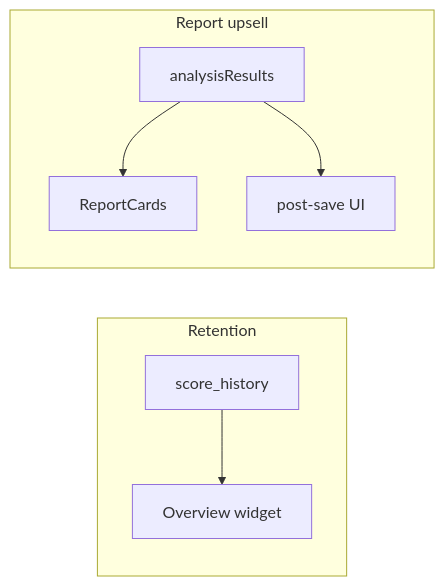
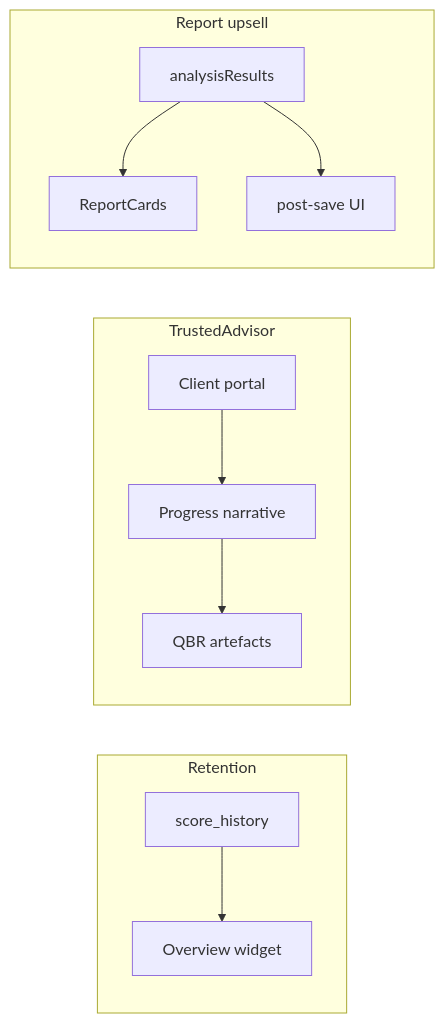
One commit to joseph15562/sophos-clarity changed the diagram in docs/plans/retention_and_report_upsell_3509d09a.md. Above: the diagram before and after it, drawn with Mermaid. The commit also changed other lines of this file, not shown here.

First line of the commit message:
docs(plans): MSP trusted advisor retention ideas in retention+upsell plan

````diff
--- a/docs/plans/retention_and_report_upsell_3509d09a.md
+++ b/docs/plans/retention_and_report_upsell_3509d09a.md
@@ -53,15 +57,22 @@
 ```mermaid
 flowchart LR
   subgraph retention [Retention]
     ScoreHist[score_history]
     Widget[Overview widget]
     ScoreHist --> Widget
+  end
+  subgraph advisor [TrustedAdvisor]
+    Portal[Client portal]
+    Narrative[Progress narrative]
+    QBR[QBR artefacts]
+    Portal --> Narrative
+    Narrative --> QBR
   end
   subgraph upsell [Report upsell]
     Analysis[analysisResults]
     RC[ReportCards]
     SaveFlow[post-save UI]
     Analysis --> RC
     Analysis --> SaveFlow
   end
 ```
````
